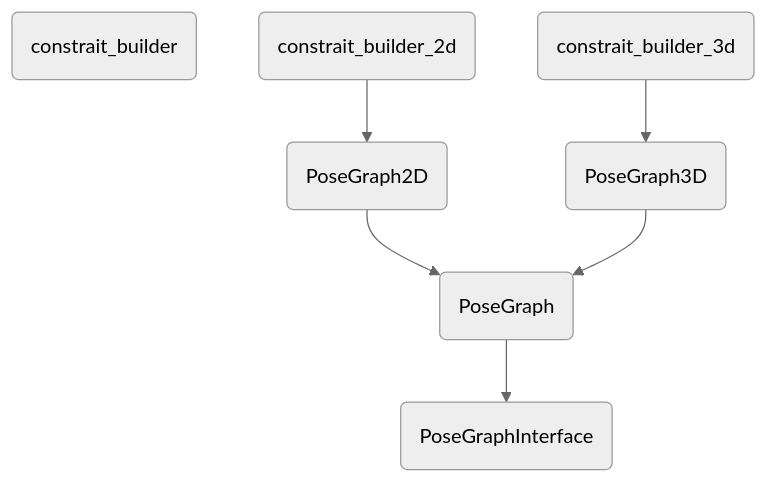
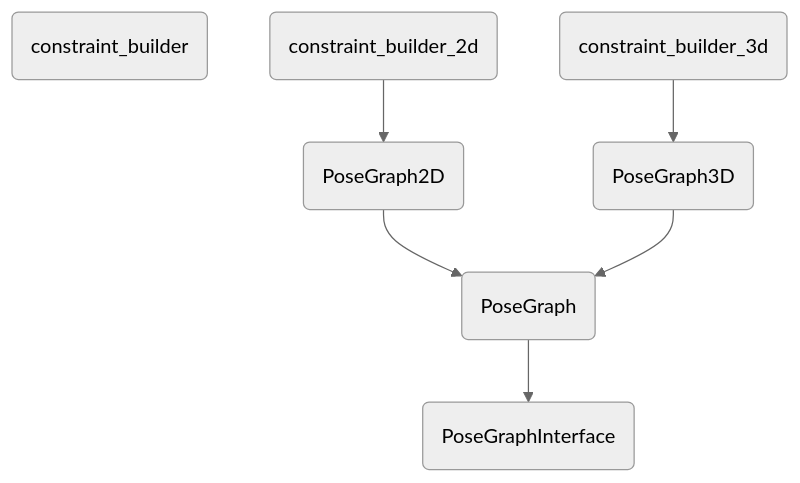
One commit to slam-xiay/cartographer changed the sixth of 14 diagrams in doc/cartographer.md. Above: the diagram before and after it, drawn with Mermaid (neutral theme). The commit also changed other lines of this file and 16 other files, not shown here.

````diff
--- a/doc/cartographer.md
+++ b/doc/cartographer.md
@@ -1758,15 +1743,15 @@
 ```mermaid
 graph TD
-1(constrait_builder)
-2(constrait_builder_2d)
-3(constrait_builder_3d)
+1(constraint_builder)
+2(constraint_builder_2d)
+3(constraint_builder_3d)
 4(PoseGraph2D)
 5(PoseGraph3D)
 2-->4
 3-->5
 6(PoseGraph)
 4-->6
 5-->6
 7(PoseGraphInterface)
 6-->7
 ```
````
